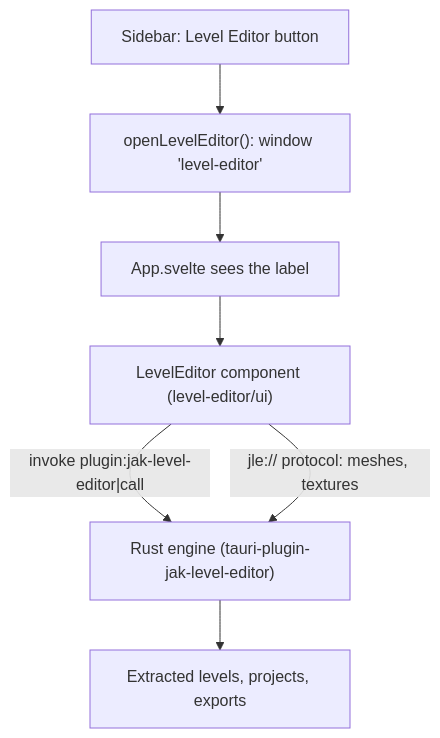
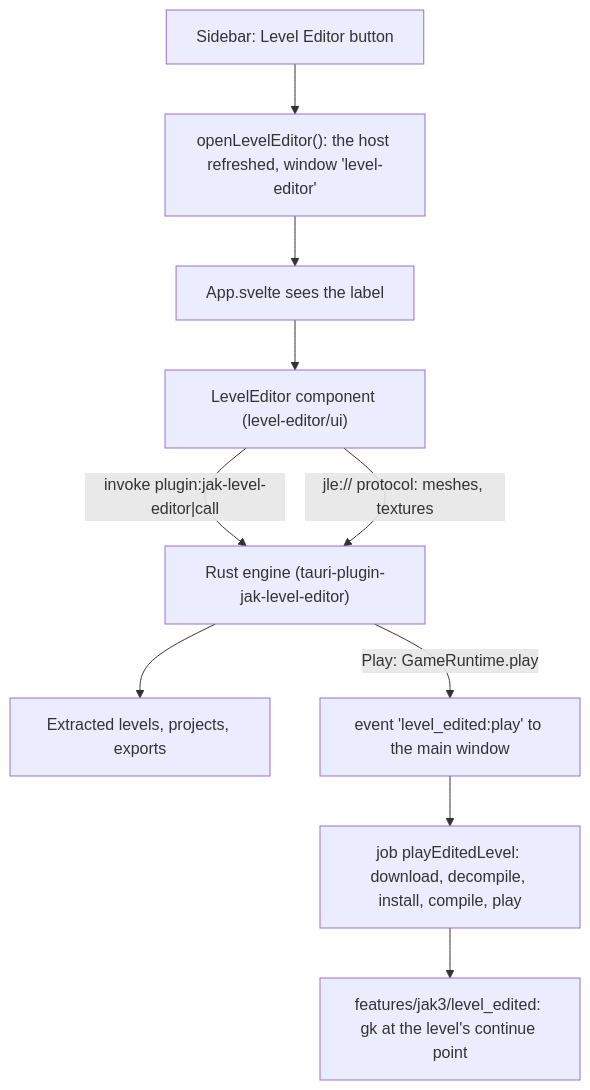
Before and after one commit to whozghiar/open-goal-launcher: the first of 2 diagrams in docs/features_ai/features_level_editor.md, drawn with Mermaid. The commit also changed other lines of this file and 22 other files, not shown here.

````diff
--- a/docs/features_ai/features_level_editor.md
+++ b/docs/features_ai/features_level_editor.md
@@ -60,9 +94,12 @@
 ```mermaid
 flowchart TD
-  A["Sidebar: Level Editor button"] --> B["openLevelEditor(): window 'level-editor'"]
+  A["Sidebar: Level Editor button"] --> B["openLevelEditor(): the host refreshed, window 'level-editor'"]
   B --> C["App.svelte sees the label"]
   C --> D["LevelEditor component (level-editor/ui)"]
   D -->|"invoke plugin:jak-level-editor|call"| E["Rust engine (tauri-plugin-jak-level-editor)"]
   D -->|"jle:// protocol: meshes, textures"| E
   E --> F["Extracted levels, projects, exports"]
+  E -->|"Play: GameRuntime.play"| G["event 'level_edited:play' to the main window"]
+  G --> H["job playEditedLevel: download, decompile, install, compile, play"]
+  H --> I["features/jak3/level_edited: gk at the level's continue point"]
 ```
````
